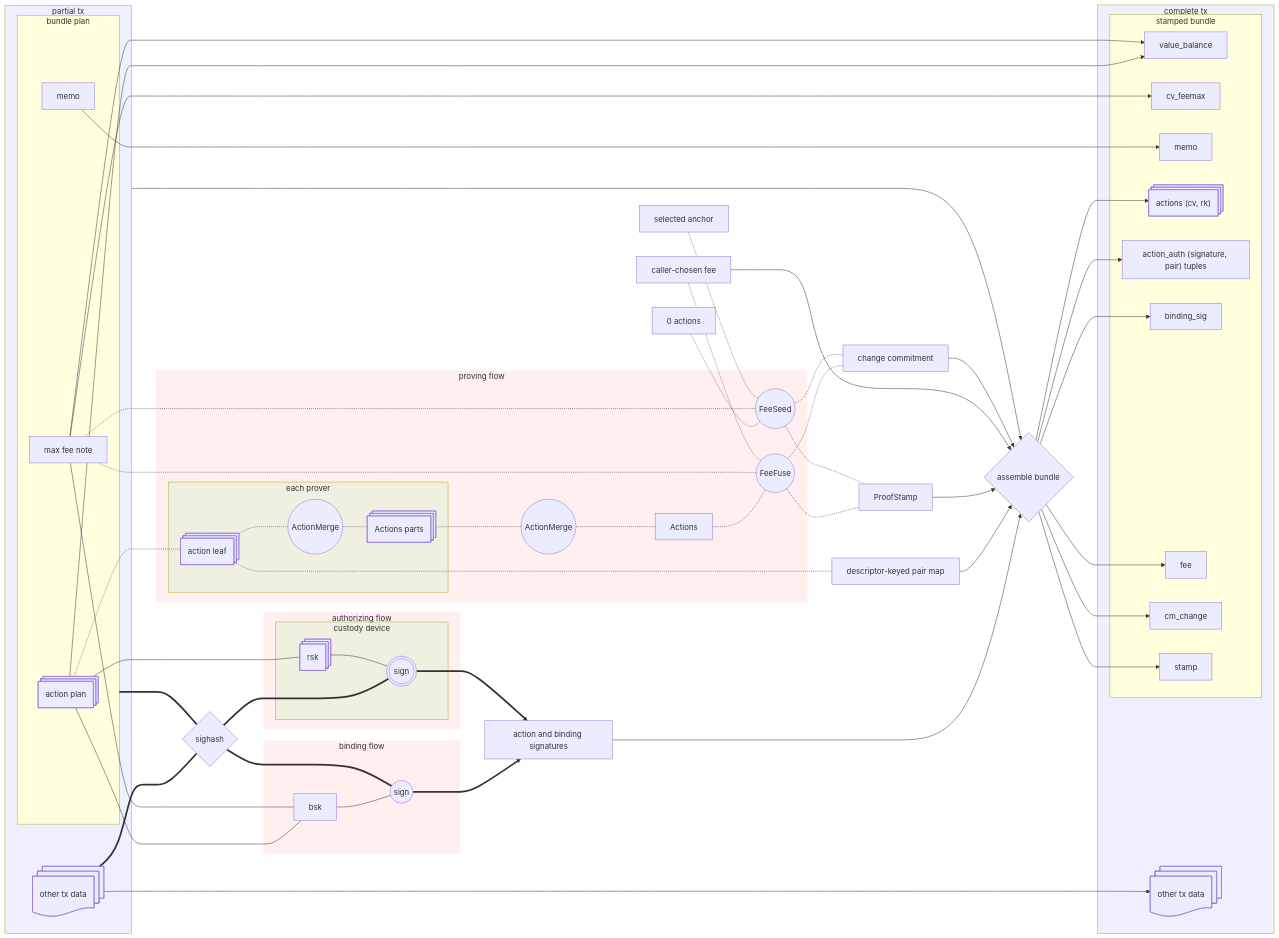
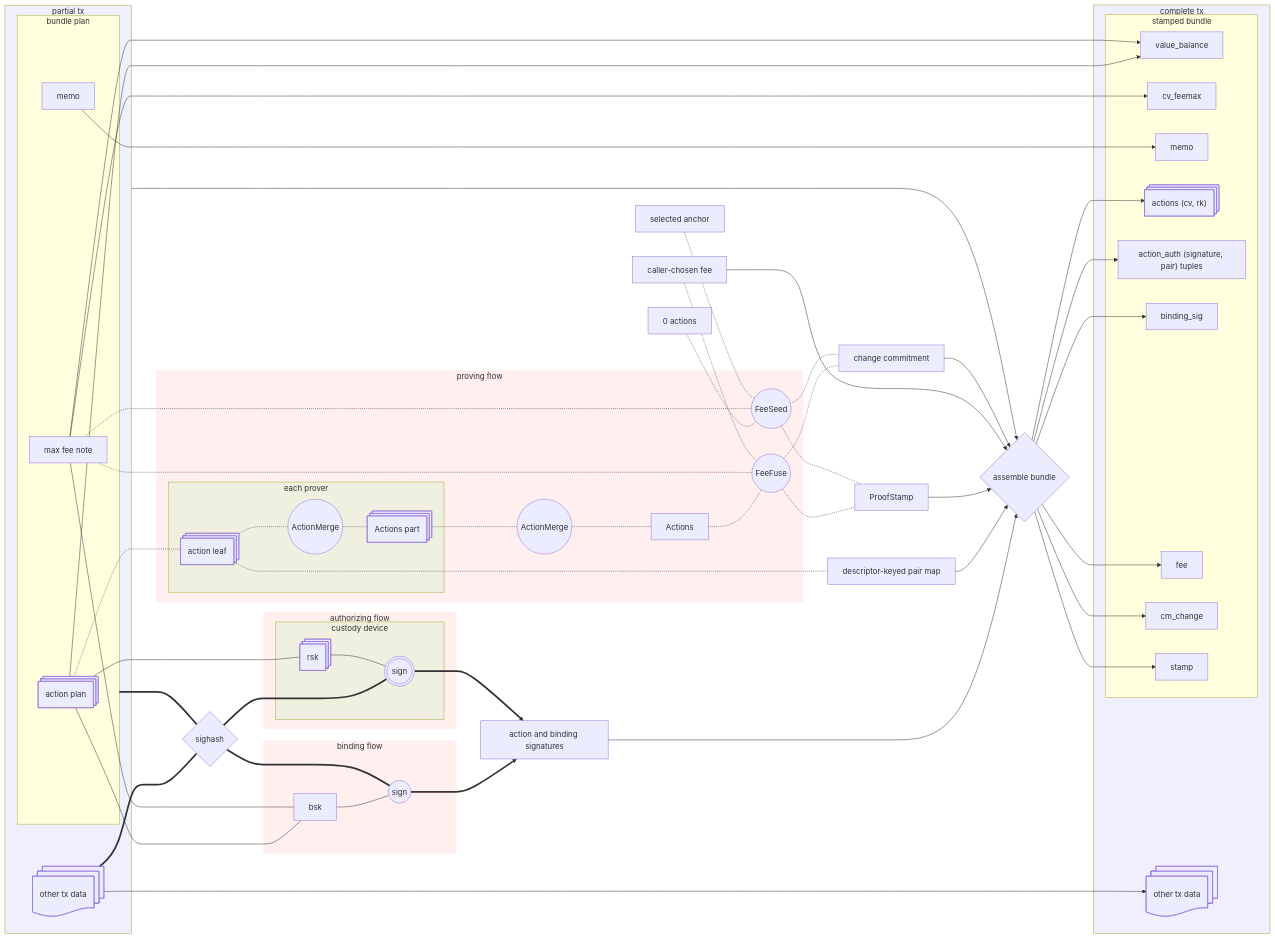
One commit to tachyon-zcash/tachyon changed the second of 3 diagrams in book/src/authorization.md. Above: the diagram before and after it, drawn with Mermaid. The commit also changed 3 other files, not shown here.

```diff
--- a/book/src/authorization.md
+++ b/book/src/authorization.md
@@ -234,7 +234,7 @@
         subgraph prover["each prover"]
             leaf@{ shape: st-rect, label: "action leaf" }
             merge_leaves((ActionMerge))
-            part@{ shape: st-rect, label: "Actions parts" }
+            part@{ shape: st-rect, label: "Actions part" }
         end
         merge_parts((ActionMerge))
         actions[Actions]
```
